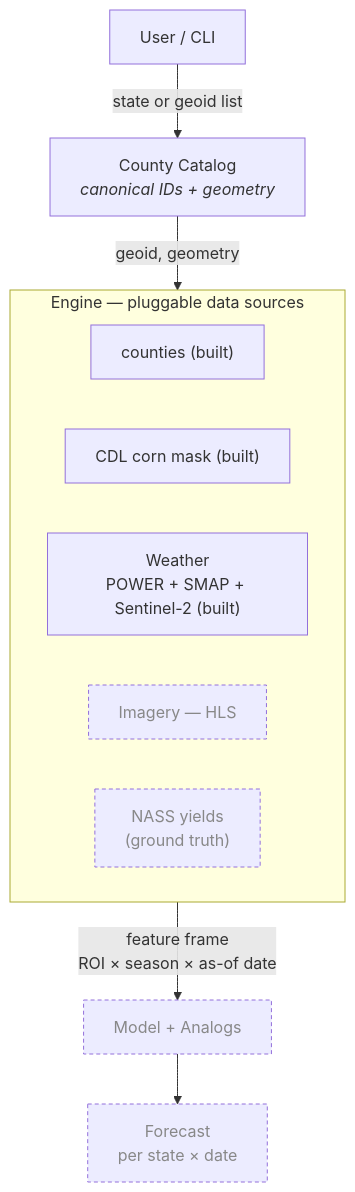
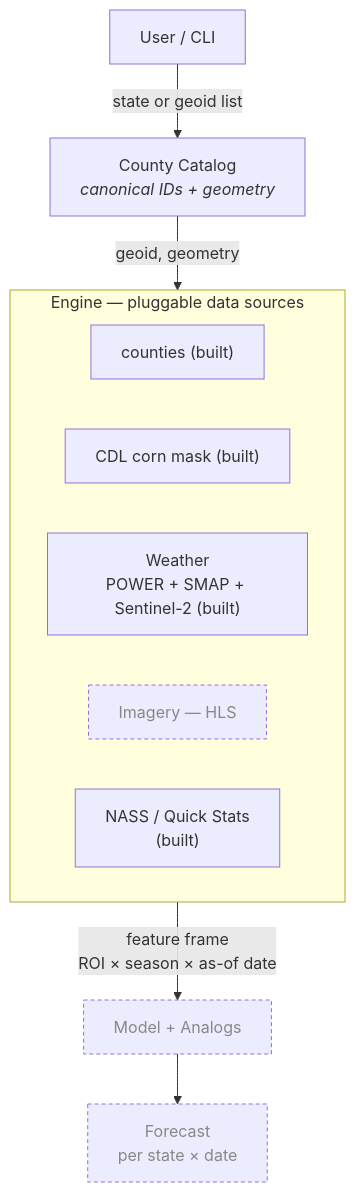
One commit to JakeAum/hack26 changed the first of 4 diagrams in software/SPEC.md. Above: the diagram before and after it, drawn with Mermaid. The commit also changed other lines of this file and 8 other files, not shown here.

Commit message:
built NASS module

````diff
--- a/software/SPEC.md
+++ b/software/SPEC.md
@@ -13,19 +13,19 @@
 ```mermaid
 flowchart TD
     User["User / CLI"] -->|state or geoid list| Catalog["County Catalog<br/><i>canonical IDs + geometry</i>"]
     Catalog -->|geoid, geometry| Engine
 
     subgraph Engine["Engine — pluggable data sources"]
         direction LR
         Counties["counties (built)"]
         CDL["CDL corn mask (built)"]
         WX["Weather<br/>POWER + SMAP + Sentinel-2 (built)"]
         HLS["Imagery — HLS"]:::planned
-        NASS["NASS yields<br/>(ground truth)"]:::planned
+        NASS["NASS / Quick Stats<br/>(built)"]
     end
 
     Engine -->|feature frame<br/>ROI × season × as-of date| Model["Model + Analogs"]:::planned
     Model --> Forecast["Forecast<br/>per state × date"]:::planned
 
     classDef planned stroke-dasharray: 4 3, color:#888;
 ```
````
